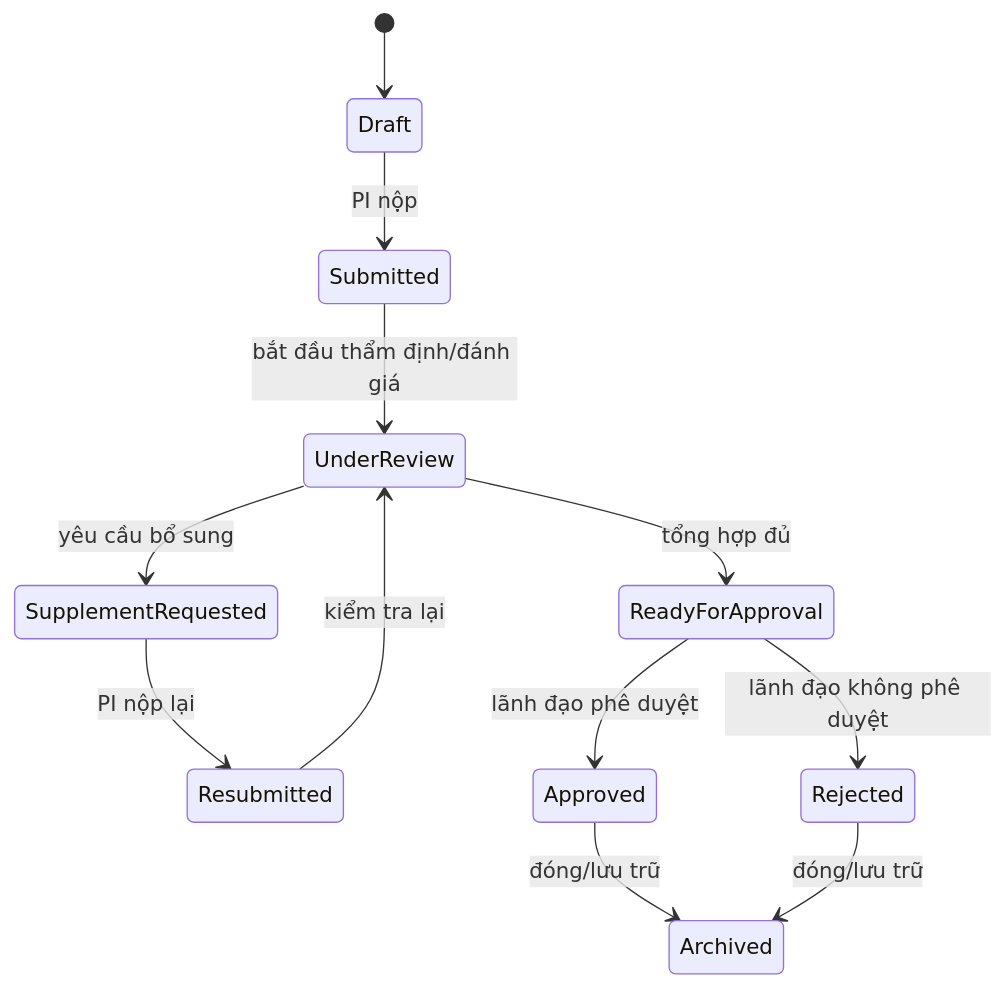
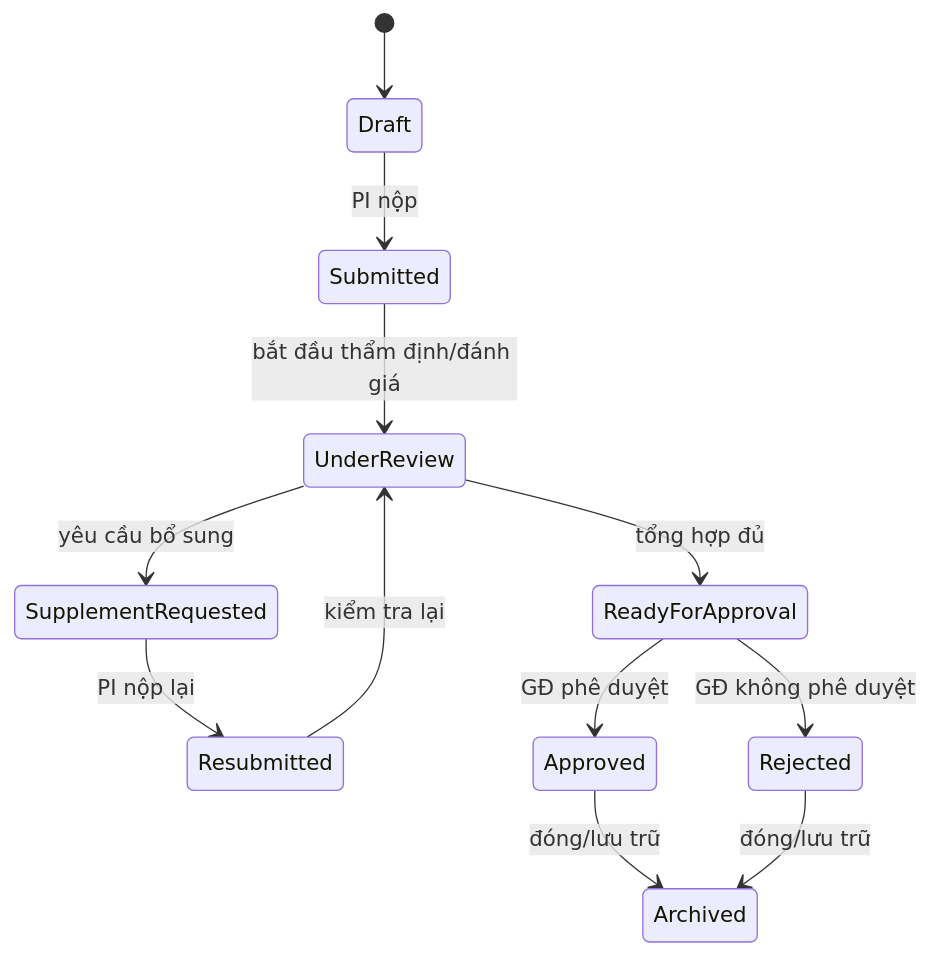
The ninth of 10 diagrams in docs/user-flows.md (thanhdotien278/DocManS), drawn with Mermaid before and after one commit. The commit also changed other lines of this file and 14 other files, not shown here.

````diff
--- a/docs/user-flows.md
+++ b/docs/user-flows.md
@@ -288,14 +309,14 @@
 ```mermaid
 stateDiagram-v2
   [*] --> Draft
   Draft --> Submitted: PI nộp
   Submitted --> UnderReview: bắt đầu thẩm định/đánh giá
   UnderReview --> SupplementRequested: yêu cầu bổ sung
   SupplementRequested --> Resubmitted: PI nộp lại
   Resubmitted --> UnderReview: kiểm tra lại
   UnderReview --> ReadyForApproval: tổng hợp đủ
-  ReadyForApproval --> Approved: lãnh đạo phê duyệt
-  ReadyForApproval --> Rejected: lãnh đạo không phê duyệt
+  ReadyForApproval --> Approved: GĐ phê duyệt
+  ReadyForApproval --> Rejected: GĐ không phê duyệt
   Approved --> Archived: đóng/lưu trữ
   Rejected --> Archived: đóng/lưu trữ
 ```
````
